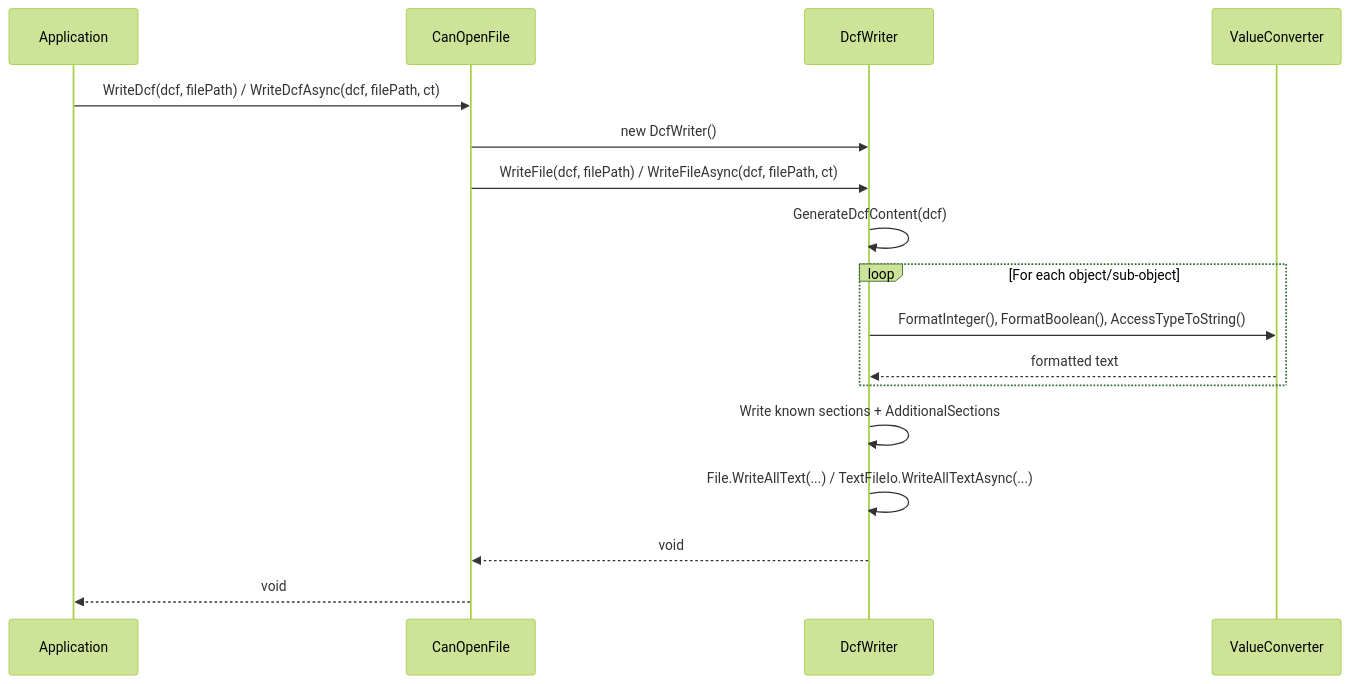
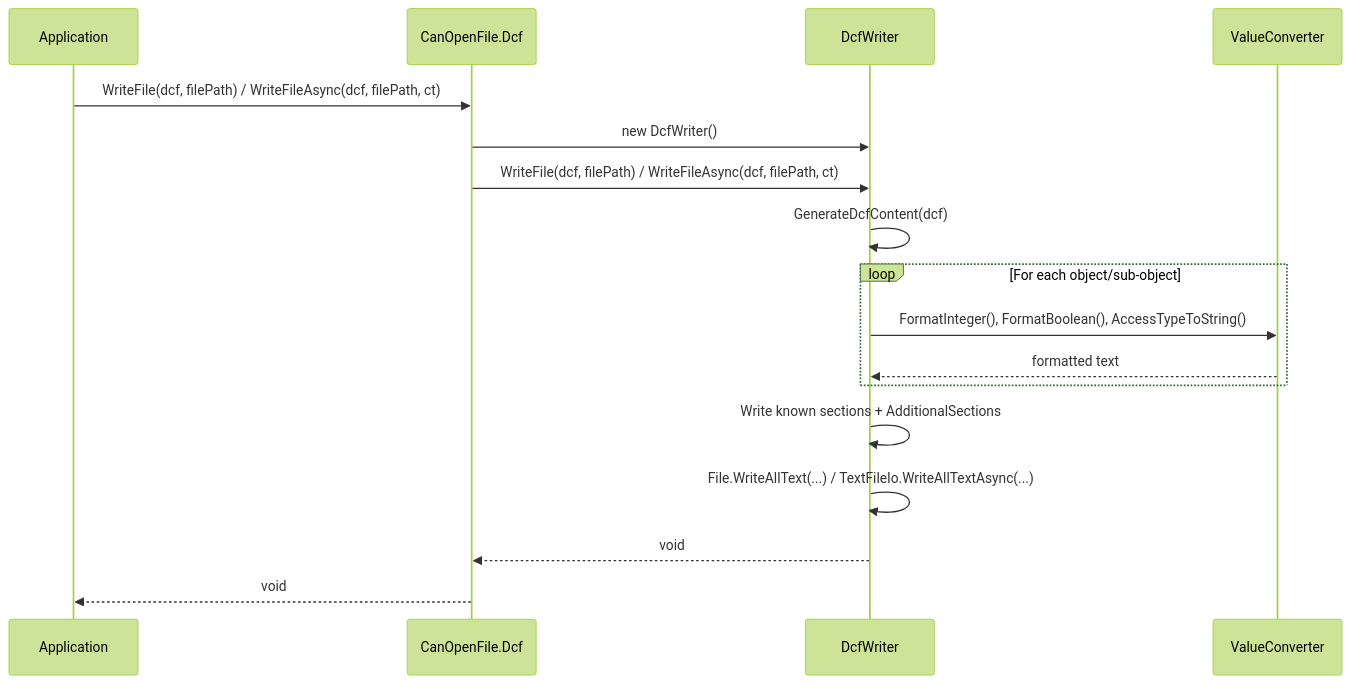
Before and after one commit to dborgards/eds-dcf-net: the fifth of 9 diagrams in docs/architecture/06-runtime-view.md, drawn with Mermaid (forest theme). The commit also changed other lines of this file and 7 other files, not shown here.

First line of the commit message:
docs: align architecture docs, remarks, examples, README with 1.13 surface (#547)

````diff
--- a/docs/architecture/06-runtime-view.md
+++ b/docs/architecture/06-runtime-view.md
@@ -78,22 +116,22 @@
 ```mermaid
 sequenceDiagram
     participant App as Application
-    participant CF as CanOpenFile
+    participant CF as CanOpenFile.Dcf
     participant DW as DcfWriter
     participant VC as ValueConverter
 
-    App->>CF: WriteDcf(dcf, filePath) / WriteDcfAsync(dcf, filePath, ct)
+    App->>CF: WriteFile(dcf, filePath) / WriteFileAsync(dcf, filePath, ct)
     CF->>DW: new DcfWriter()
     CF->>DW: WriteFile(dcf, filePath) / WriteFileAsync(dcf, filePath, ct)
     DW->>DW: GenerateDcfContent(dcf)
 
     loop For each object/sub-object
         DW->>VC: FormatInteger(), FormatBoolean(), AccessTypeToString()
         VC-->>DW: formatted text
     end
 
     DW->>DW: Write known sections + AdditionalSections
     DW->>DW: File.WriteAllText(...) / TextFileIo.WriteAllTextAsync(...)
     DW-->>CF: void
     CF-->>App: void
 ```
````
